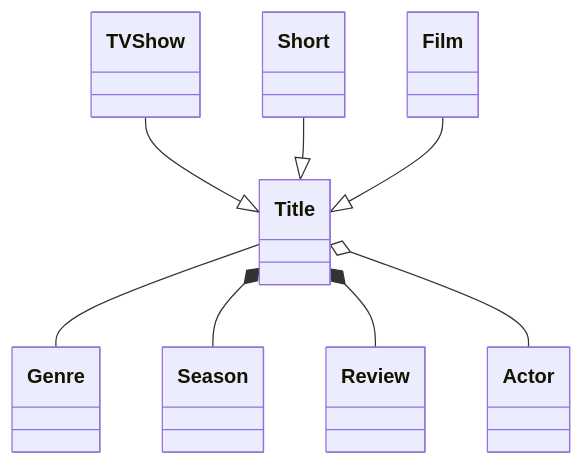
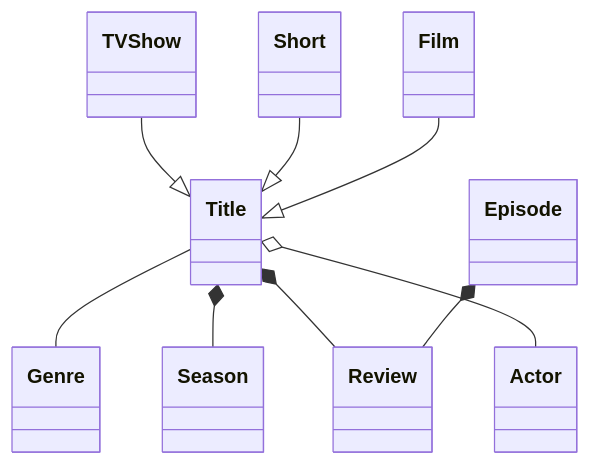
The diagram in chapter_one/diagram.mermaid (kiquetal/diagram-techniques), drawn with Mermaid before and after one commit.

Commit message:
Init inheratance

```diff
--- a/chapter_one/diagram.mermaid
+++ b/chapter_one/diagram.mermaid
@@ -1,10 +1,12 @@
 classDiagram
     Title -- Genre
     Title *-- Season
     Title *-- Review
     Title o-- Actor
 
 
     TV Show --|> Title
     Short --|> Title
     Film --|> Title
+
+    Episode *-- Review
```
